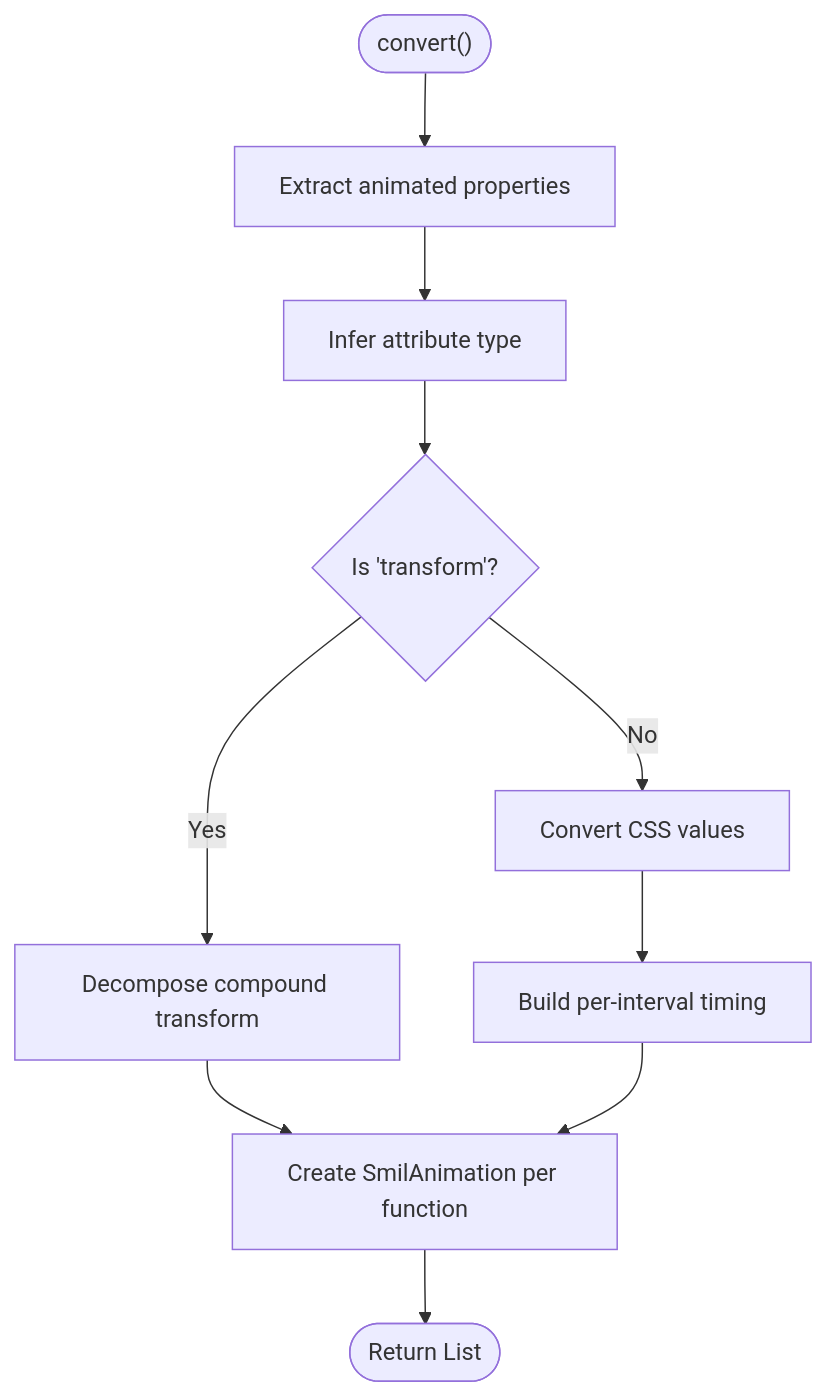
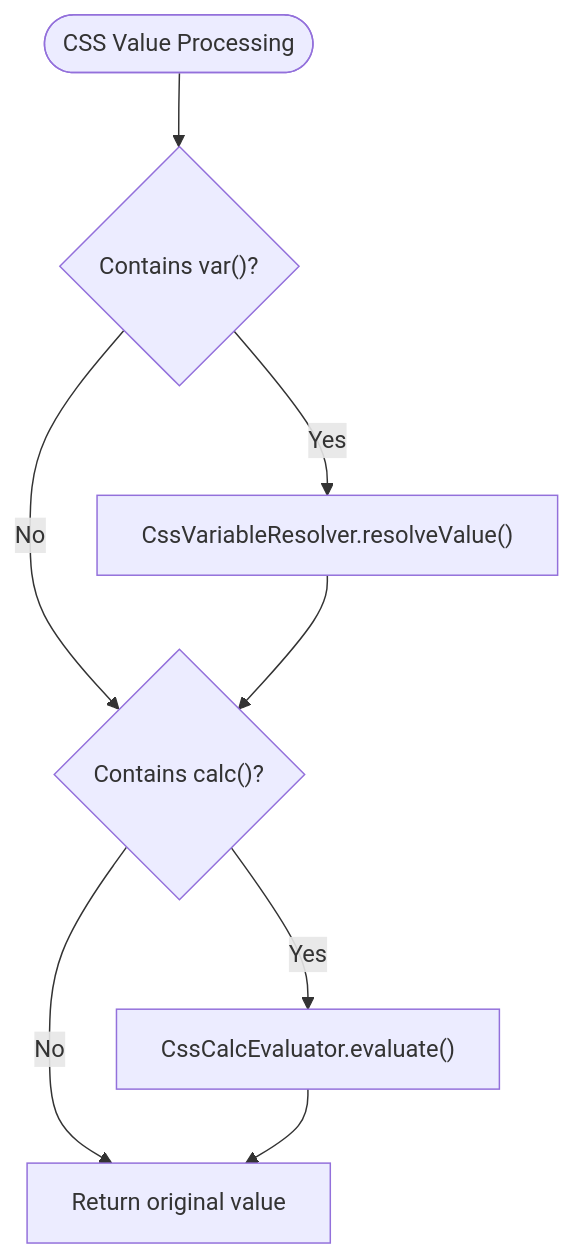
The fourth of 7 diagrams in .qoder/repowiki/en/content/Animated SVG Support/CSS Animation Conversion.md (denisnadey/flutter_full_svg_support), drawn with Mermaid before and after one commit. The commit also changed other lines of this file and 39 other files, not shown here.

First line of the commit message:
feat(animation): add advanced CSS processing and 3D transform support

````diff
--- a/.qoder/repowiki/en/content/Animated SVG Support/CSS Animation Conversion.md
+++ b/.qoder/repowiki/en/content/Animated SVG Support/CSS Animation Conversion.md
@@ -150,12 +226,10 @@
 ```mermaid
 flowchart TD
-Start(["convert()"]) --> Extract["Extract animated properties"]
-Extract --> InferType["Infer attribute type"]
-InferType --> IsTransform{"Is 'transform'?"}
-IsTransform --> |Yes| Decompose["Decompose compound transform"]
-Decompose --> CreateAnim["Create SmilAnimation per function"]
-IsTransform --> |No| ConvertValues["Convert CSS values"]
-ConvertValues --> BuildTiming["Build per-interval timing"]
-BuildTiming --> CreateAnim
-CreateAnim --> Done(["Return List<SmilAnimation>"])
+Start(["CSS Value Processing"]) --> VarCheck{"Contains var()?"}
+VarCheck --> |Yes| VarResolve["CssVariableResolver.resolveValue()"]
+VarCheck --> |No| CalcCheck{"Contains calc()?"}
+VarResolve --> CalcCheck
+CalcCheck --> |Yes| CalcEval["CssCalcEvaluator.evaluate()"]
+CalcCheck --> |No| Return["Return original value"]
+CalcEval --> Return
 ```
````
